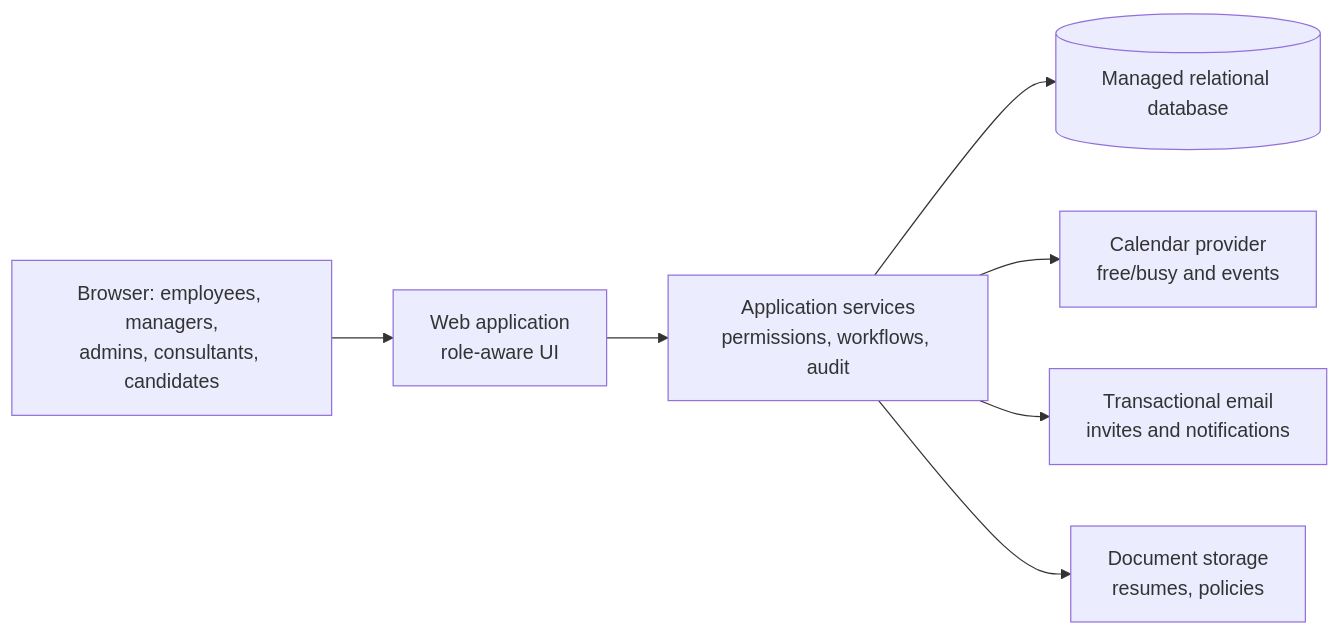
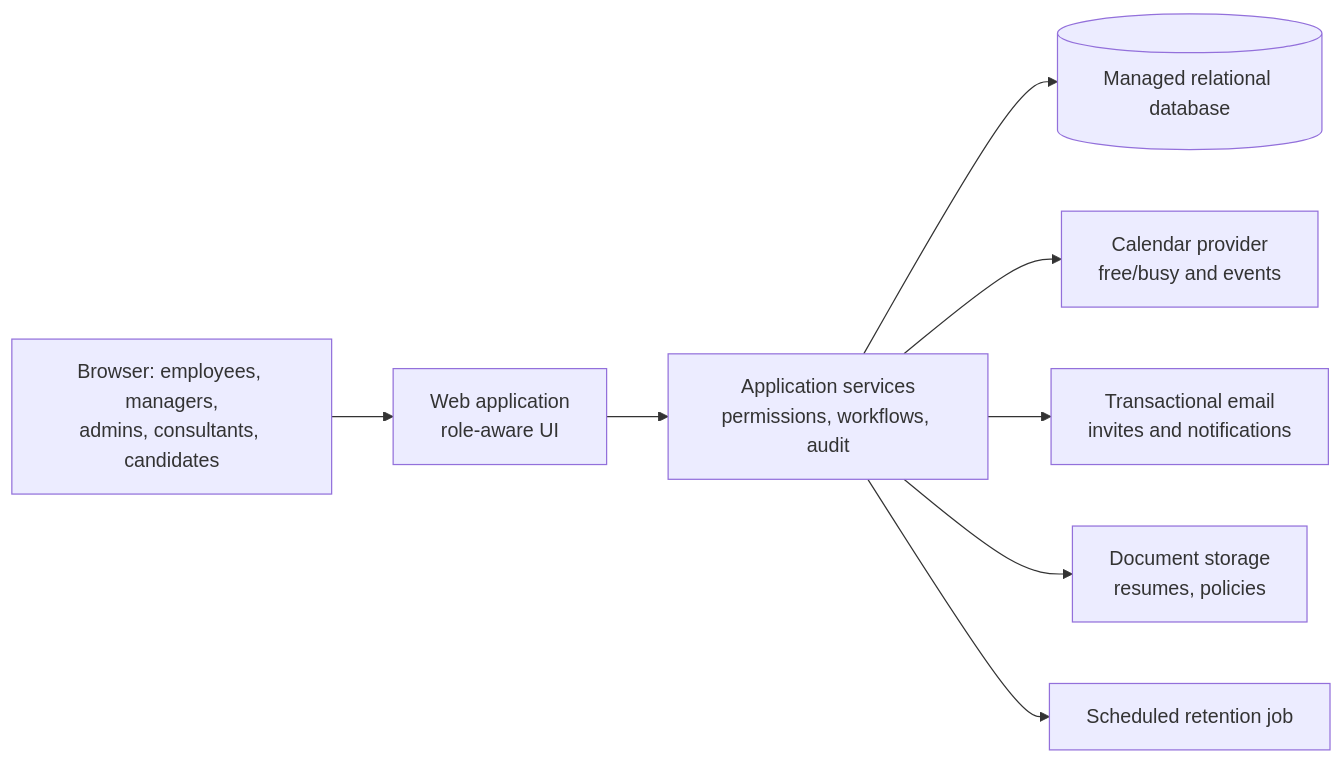
One commit to staceykay67/scalemaker-hris-showcase changed the seventh of 7 diagrams in README.md. Above: the diagram before and after it, drawn with Mermaid. The commit also changed other lines of this file, not shown here.

````diff
--- a/README.md
+++ b/README.md
@@ -213,9 +335,10 @@
 ```mermaid
 flowchart LR
     U["Browser: employees, managers,<br/>admins, consultants, candidates"] --> W["Web application<br/>role-aware UI"]
     W --> A["Application services<br/>permissions, workflows, audit"]
     A --> D[("Managed relational database")]
     A --> Cal["Calendar provider<br/>free/busy and events"]
     A --> M["Transactional email<br/>invites and notifications"]
     A --> Docs["Document storage<br/>resumes, policies"]
+    A --> Ret["Scheduled retention job"]
 ```
````
